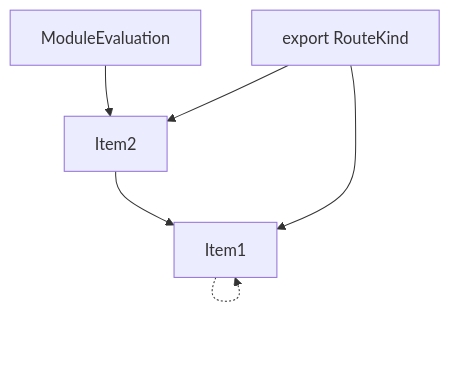
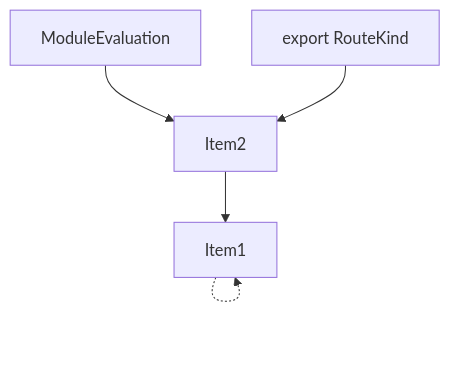
The fourth of 5 diagrams in crates/turbopack-ecmascript/tests/tree-shaker/analyzer/route-kind/output.md (vercel/turborepo), drawn with Mermaid before and after one commit. The commit also changed other lines of this file and 20 other files, not shown here.

````diff
--- a/crates/turbopack-ecmascript/tests/tree-shaker/analyzer/route-kind/output.md
+++ b/crates/turbopack-ecmascript/tests/tree-shaker/analyzer/route-kind/output.md
@@ -66,14 +66,13 @@
 ```mermaid
 graph TD
     Item1;
     Item2;
     Item3;
     Item3["ModuleEvaluation"];
     Item4;
     Item4["export RouteKind"];
     Item1 -.-> Item1;
     Item2 --> Item1;
     Item3 --> Item2;
-    Item4 --> Item1;
     Item4 --> Item2;
 ```
````
